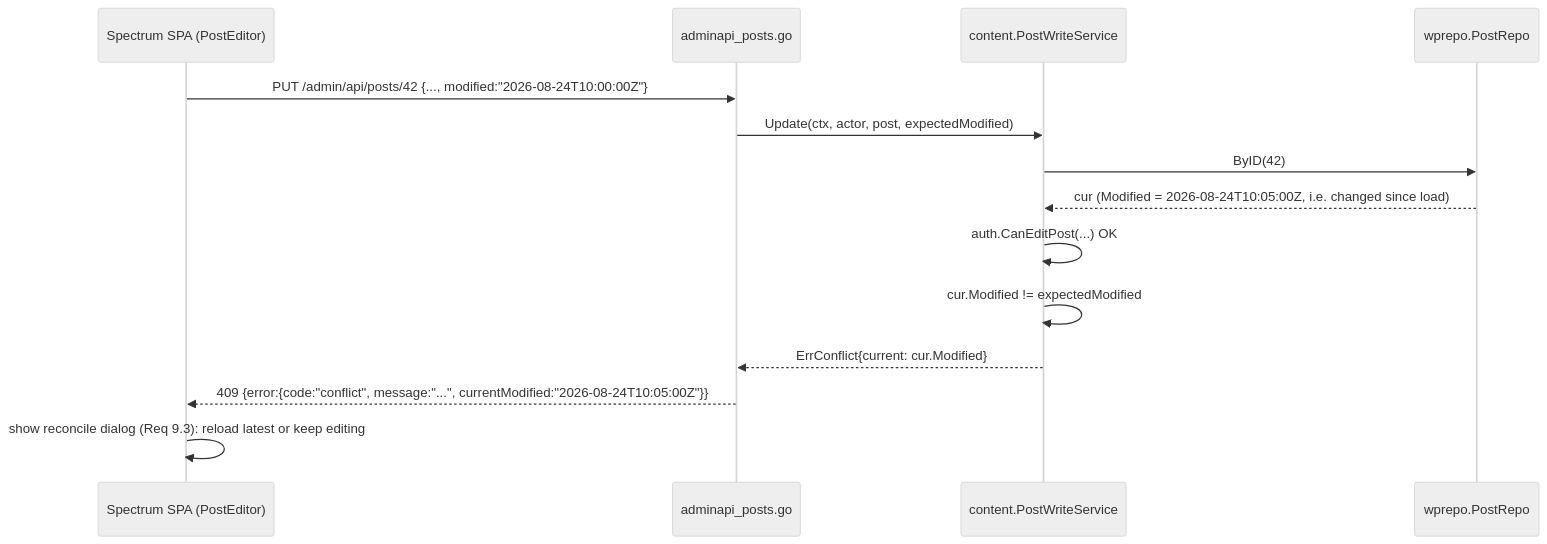
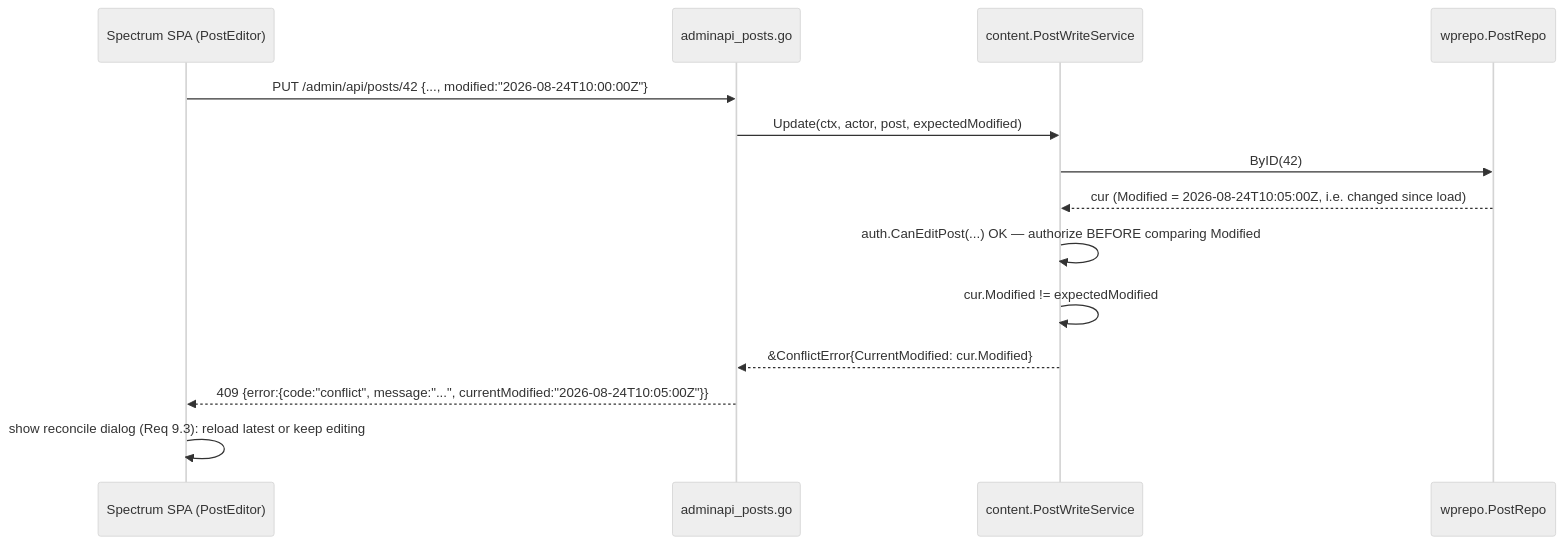
One commit to roboweaver/grimoire changed the third of 5 diagrams in plans/06-admin-crud-editor/design.md. Above: the diagram before and after it, drawn with Mermaid (neutral theme). The commit also changed other lines of this file and 2 other files, not shown here.

````diff
--- a/plans/06-admin-crud-editor/design.md
+++ b/plans/06-admin-crud-editor/design.md
@@ -116,17 +117,17 @@
 ```mermaid
 sequenceDiagram
   participant SPA as Spectrum SPA (PostEditor)
   participant H as adminapi_posts.go
   participant PWS as content.PostWriteService
   participant DB as wprepo.PostRepo
 
   SPA->>H: PUT /admin/api/posts/42 {..., modified:"2026-08-24T10:00:00Z"}
   H->>PWS: Update(ctx, actor, post, expectedModified)
   PWS->>DB: ByID(42)
   DB-->>PWS: cur (Modified = 2026-08-24T10:05:00Z, i.e. changed since load)
-  PWS->>PWS: auth.CanEditPost(...) OK
+  PWS->>PWS: auth.CanEditPost(...) OK — authorize BEFORE comparing Modified
   PWS->>PWS: cur.Modified != expectedModified
-  PWS-->>H: ErrConflict{current: cur.Modified}
+  PWS-->>H: &ConflictError{CurrentModified: cur.Modified}
   H-->>SPA: 409 {error:{code:"conflict", message:"...", currentModified:"2026-08-24T10:05:00Z"}}
   SPA->>SPA: show reconcile dialog (Req 9.3): reload latest or keep editing
 ```
````
